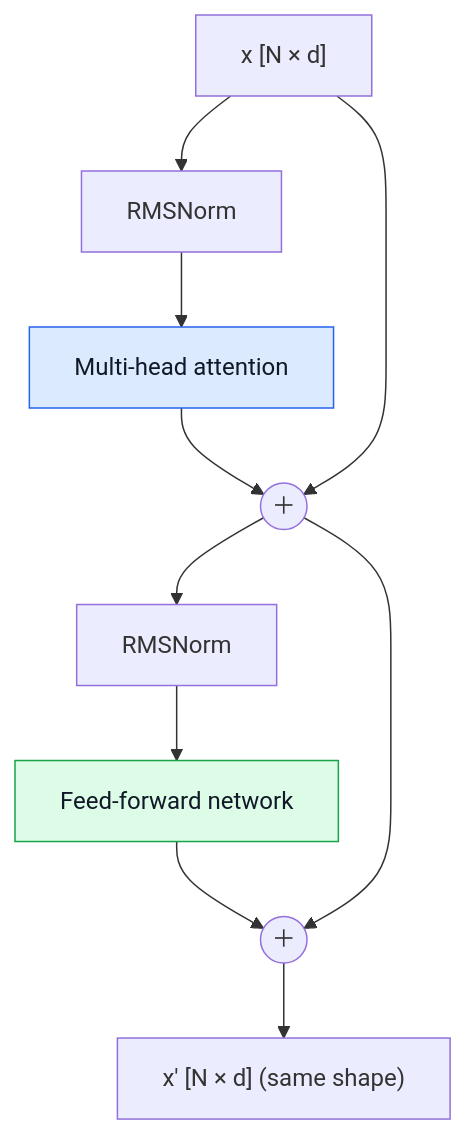
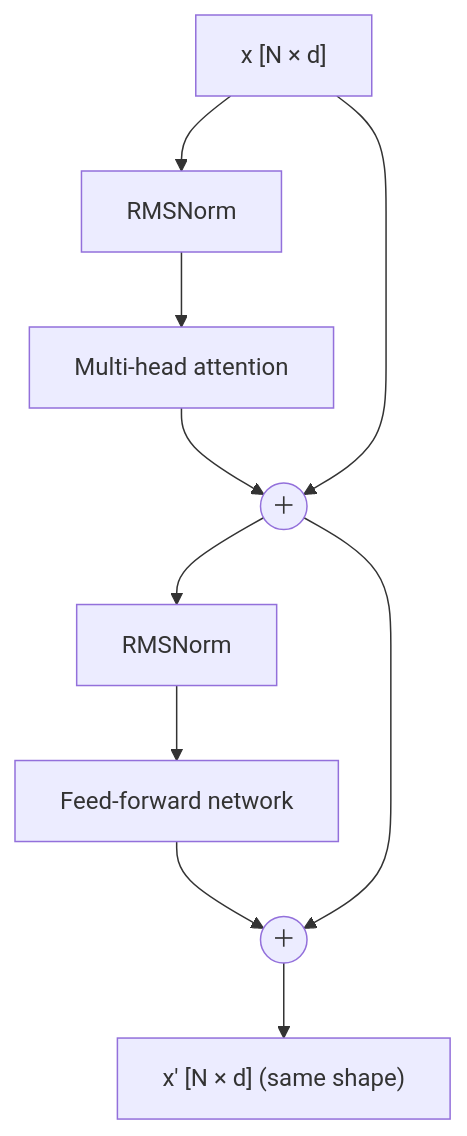
One commit to youyun8/deep-kernel-handbook changed the eighth of 10 diagrams in docs/foundations/transformer-from-scratch.md. Above: the diagram before and after it, drawn with Mermaid. The commit also changed other lines of this file and 9 other files, not shown here.

Commit message:
docs: theme Mermaid diagrams via CSS instead of baked classDef colors

````diff
--- a/docs/foundations/transformer-from-scratch.md
+++ b/docs/foundations/transformer-from-scratch.md
@@ -218,16 +212,14 @@
 ```mermaid
 flowchart TD
     IN["x  [N × d]"] --> N1["RMSNorm"]
     N1 --> ATT["Multi-head attention"]
     ATT --> R1(("＋"))
     IN --> R1
     R1 --> N2["RMSNorm"]
     N2 --> FFN["Feed-forward network"]
     FFN --> R2(("＋"))
     R1 --> R2
     R2 --> OUT["x'  [N × d]  (same shape)"]
     class ATT accBlue;
     class FFN accGreen;
-    classDef accBlue fill:#dbeafe,stroke:#2563eb,color:#111827;
-    classDef accGreen fill:#dcfce7,stroke:#16a34a,color:#111827;
 ```
````
